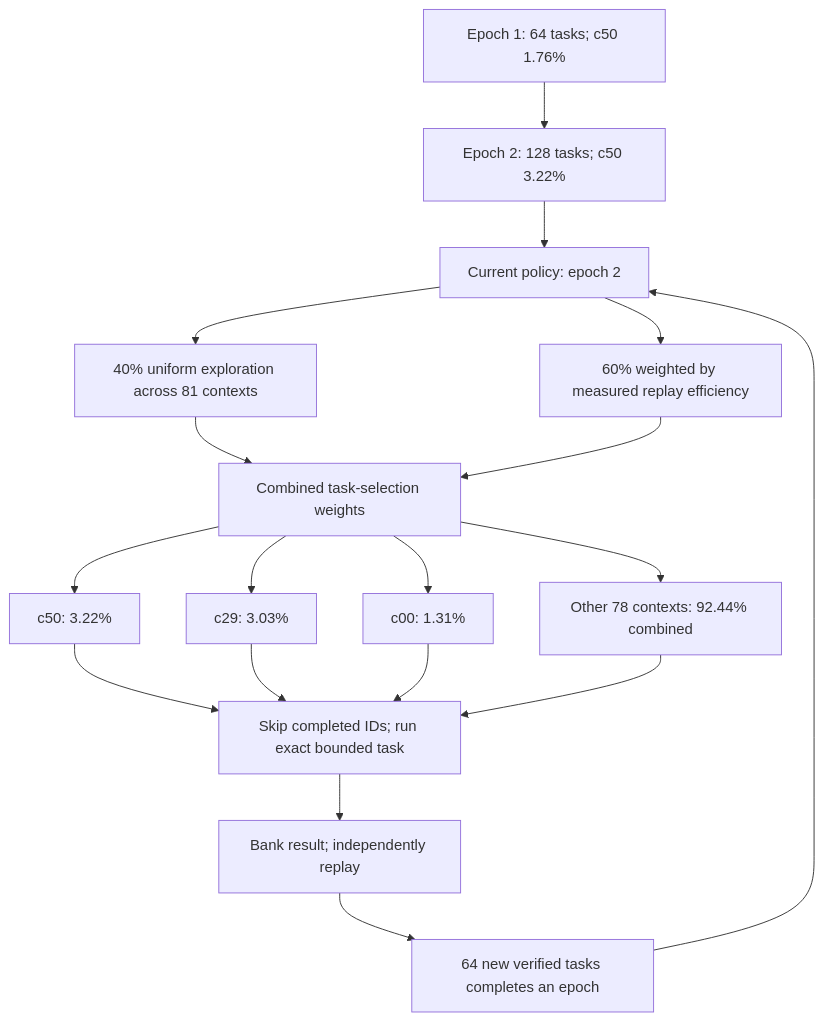
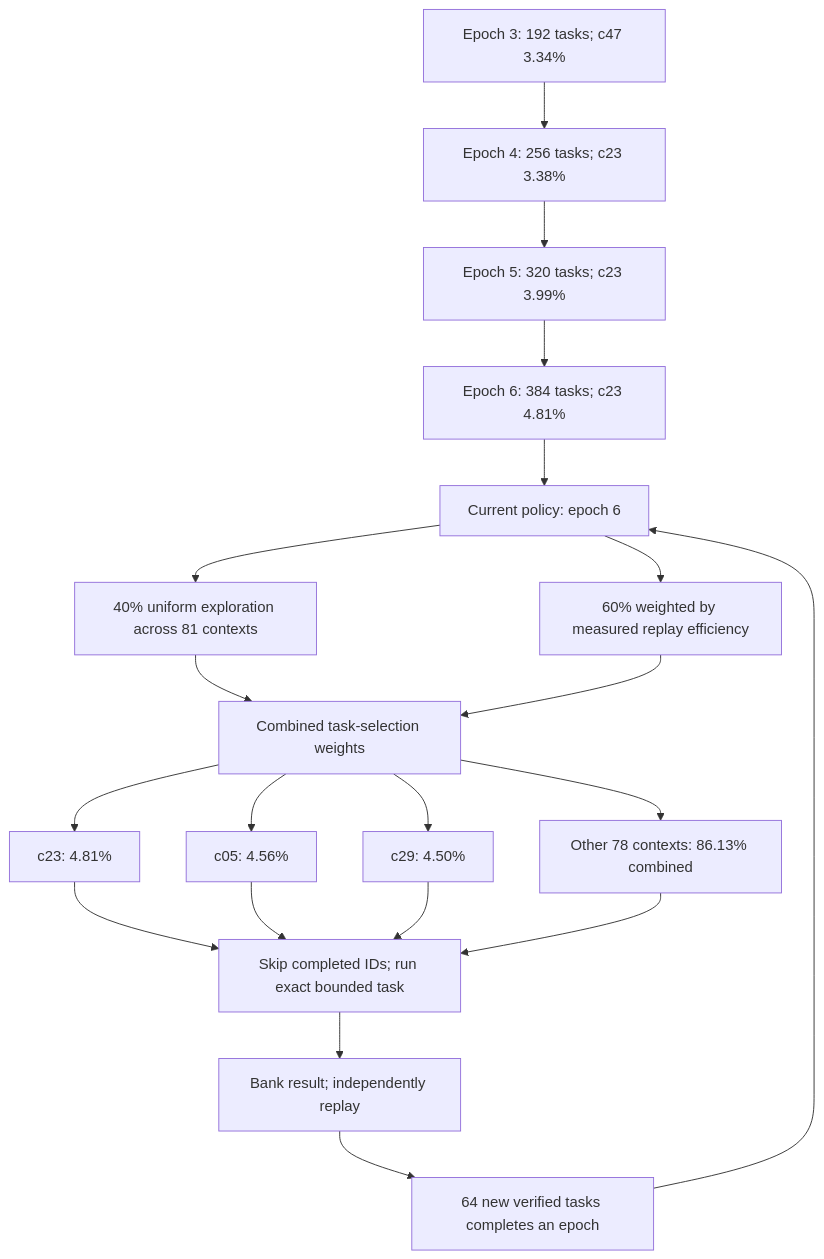
Before and after one commit to Kuberwastaken/math-gambling: the diagram in README.md, drawn with Mermaid. The commit also changed other lines of this file and 595 other files, not shown here.

````diff
--- a/README.md
+++ b/README.md
@@ -46,23 +47,27 @@
 ```mermaid
 flowchart TD
-    H0["Epoch 1: 64 tasks; c50 1.76%"]
-    H1["Epoch 2: 128 tasks; c50 3.22%"]
+    H0["Epoch 3: 192 tasks; c47 3.34%"]
+    H1["Epoch 4: 256 tasks; c23 3.38%"]
     H0 --> H1
-    Policy["Current policy: epoch 2"]
-    H1 --> Policy
+    H2["Epoch 5: 320 tasks; c23 3.99%"]
+    H1 --> H2
+    H3["Epoch 6: 384 tasks; c23 4.81%"]
+    H2 --> H3
+    Policy["Current policy: epoch 6"]
+    H3 --> Policy
     Policy --> Explore["40% uniform exploration across 81 contexts"]
     Policy --> Cost["60% weighted by measured replay efficiency"]
     Explore --> Mix["Combined task-selection weights"]
     Cost --> Mix
-    Mix --> C0["c50: 3.22%"]
-    Mix --> C1["c29: 3.03%"]
-    Mix --> C2["c00: 1.31%"]
-    Mix --> Rest["Other 78 contexts: 92.44% combined"]
+    Mix --> C0["c23: 4.81%"]
+    Mix --> C1["c05: 4.56%"]
+    Mix --> C2["c29: 4.50%"]
+    Mix --> Rest["Other 78 contexts: 86.13% combined"]
     C0 --> Check["Skip completed IDs; run exact bounded task"]
     C1 --> Check
     C2 --> Check
     Rest --> Check
     Check --> Replay["Bank result; independently replay"]
     Replay --> Gate["64 new verified tasks completes an epoch"]
     Gate --> Policy
 ```
````
